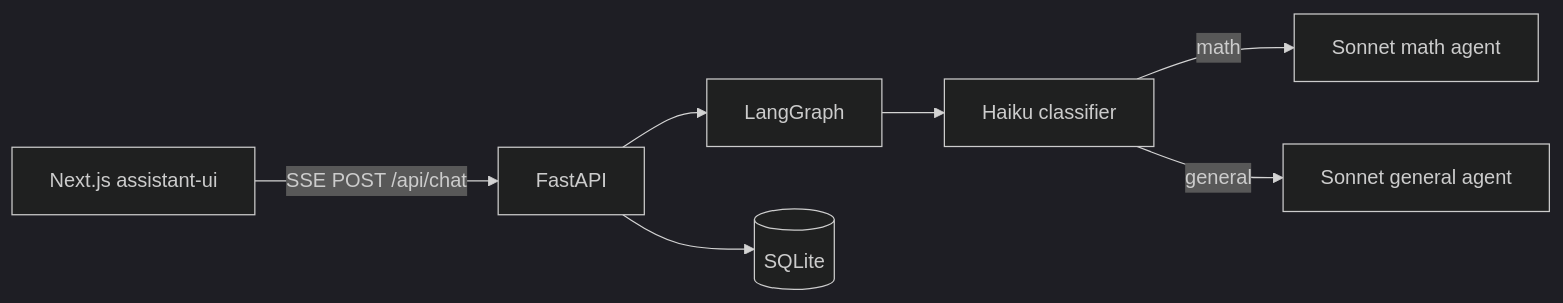
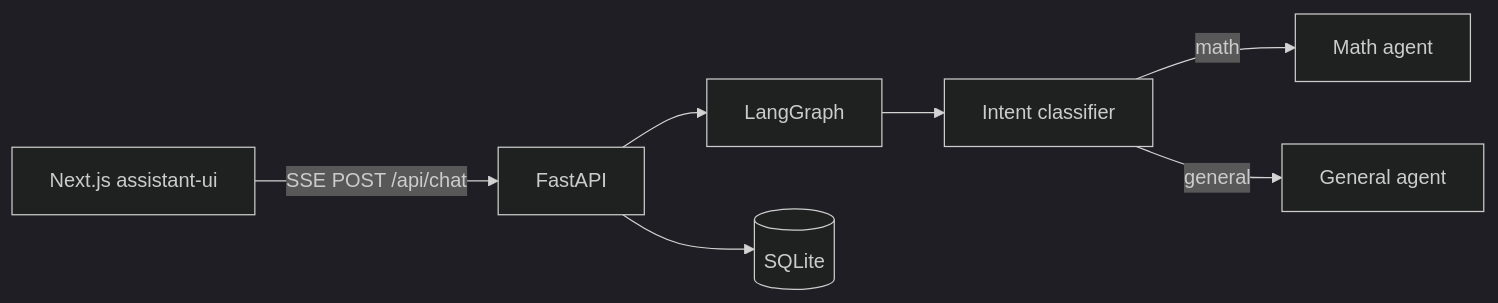
Before and after one commit to kittipatkampa/mvpbot: the diagram in README.md, drawn with Mermaid (dark theme).

Commit message:
refactor: update intent classifier terminology in README
Changed terminology from "Haiku classifier" to "Intent classifier" and updated agent names to "Math agent" and "General agent" for clarity in the architecture diagram.

````diff
--- a/README.md
+++ b/README.md
@@ -18,9 +18,9 @@
 ```mermaid
 flowchart LR
   UI[Next.js assistant-ui] -->|SSE POST /api/chat| API[FastAPI]
   API --> LG[LangGraph]
-  LG --> C[Haiku classifier]
-  C -->|math| M[Sonnet math agent]
-  C -->|general| G[Sonnet general agent]
+  LG --> C[Intent classifier]
+  C -->|math| M[Math agent]
+  C -->|general| G[General agent]
   API --> DB[(SQLite)]
 ```
````
